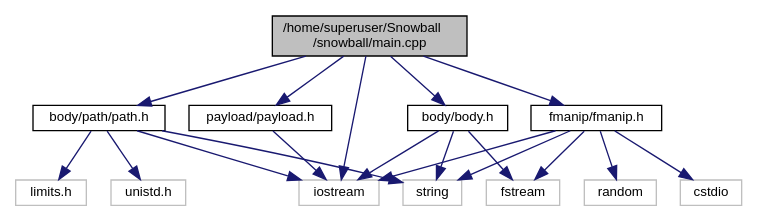
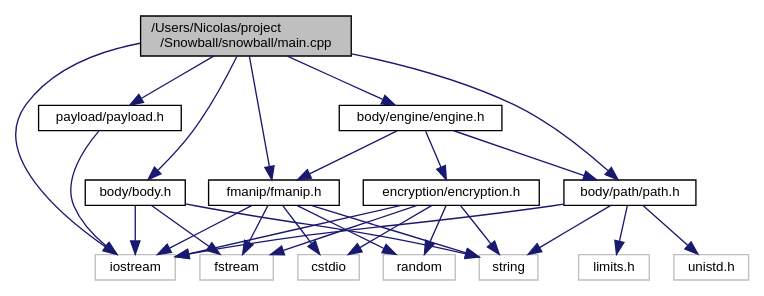
The diagram in snowball/documentation/rtf/main_8cpp__incl.dot (HexDumper/Snowball), drawn with Graphviz before and after one commit. The commit also changed 330 other files, not shown here.

```diff
--- a/snowball/documentation/rtf/main_8cpp__incl.dot
+++ b/snowball/documentation/rtf/main_8cpp__incl.dot
@@ -1,35 +1,46 @@
-digraph "/home/superuser/Snowball/snowball/main.cpp"
+digraph "/Users/Nicolas/project/Snowball/snowball/main.cpp"
 {
   edge [fontname="Helvetica",fontsize="10",labelfontname="Helvetica",labelfontsize="10"];
   node [fontname="Helvetica",fontsize="10",shape=record];
-  Node1 [label="/home/superuser/Snowball\l/snowball/main.cpp",height=0.2,width=0.4,color="black", fillcolor="grey75", style="filled", fontcolor="black"];
+  Node0 [label="/Users/Nicolas/project\l/Snowball/snowball/main.cpp",height=0.2,width=0.4,color="black", fillcolor="grey75", style="filled", fontcolor="black"];
+  Node0 -> Node1 [color="midnightblue",fontsize="10",style="solid",fontname="Helvetica"];
+  Node1 [label="payload/payload.h",height=0.2,width=0.4,color="black", fillcolor="white", style="filled",URL="$payload_8h.html"];
   Node1 -> Node2 [color="midnightblue",fontsize="10",style="solid",fontname="Helvetica"];
-  Node2 [label="payload/payload.h",height=0.2,width=0.4,color="black", fillcolor="white", style="filled",URL="$payload_8h.html"];
-  Node2 -> Node3 [color="midnightblue",fontsize="10",style="solid",fontname="Helvetica"];
-  Node3 [label="iostream",height=0.2,width=0.4,color="grey75", fillcolor="white", style="filled"];
-  Node1 -> Node4 [color="midnightblue",fontsize="10",style="solid",fontname="Helvetica"];
-  Node4 [label="fmanip/fmanip.h",height=0.2,width=0.4,color="black", fillcolor="white", style="filled",URL="$fmanip_8h.html"];
-  Node4 -> Node5 [color="midnightblue",fontsize="10",style="solid",fontname="Helvetica"];
-  Node5 [label="fstream",height=0.2,width=0.4,color="grey75", fillcolor="white", style="filled"];
-  Node4 -> Node6 [color="midnightblue",fontsize="10",style="solid",fontname="Helvetica"];
-  Node6 [label="string",height=0.2,width=0.4,color="grey75", fillcolor="white", style="filled"];
-  Node4 -> Node3 [color="midnightblue",fontsize="10",style="solid",fontname="Helvetica"];
-  Node4 -> Node7 [color="midnightblue",fontsize="10",style="solid",fontname="Helvetica"];
-  Node7 [label="cstdio",height=0.2,width=0.4,color="grey75", fillcolor="white", style="filled"];
-  Node4 -> Node8 [color="midnightblue",fontsize="10",style="solid",fontname="Helvetica"];
-  Node8 [label="random",height=0.2,width=0.4,color="grey75", fillcolor="white", style="filled"];
-  Node1 -> Node9 [color="midnightblue",fontsize="10",style="solid",fontname="Helvetica"];
-  Node9 [label="body/body.h",height=0.2,width=0.4,color="black", fillcolor="white", style="filled",URL="$body_8h.html"];
+  Node2 [label="iostream",height=0.2,width=0.4,color="grey75", fillcolor="white", style="filled"];
+  Node0 -> Node3 [color="midnightblue",fontsize="10",style="solid",fontname="Helvetica"];
+  Node3 [label="fmanip/fmanip.h",height=0.2,width=0.4,color="black", fillcolor="white", style="filled",URL="$fmanip_8h.html"];
+  Node3 -> Node4 [color="midnightblue",fontsize="10",style="solid",fontname="Helvetica"];
+  Node4 [label="fstream",height=0.2,width=0.4,color="grey75", fillcolor="white", style="filled"];
+  Node3 -> Node5 [color="midnightblue",fontsize="10",style="solid",fontname="Helvetica"];
+  Node5 [label="string",height=0.2,width=0.4,color="grey75", fillcolor="white", style="filled"];
+  Node3 -> Node2 [color="midnightblue",fontsize="10",style="solid",fontname="Helvetica"];
+  Node3 -> Node6 [color="midnightblue",fontsize="10",style="solid",fontname="Helvetica"];
+  Node6 [label="cstdio",height=0.2,width=0.4,color="grey75", fillcolor="white", style="filled"];
+  Node3 -> Node7 [color="midnightblue",fontsize="10",style="solid",fontname="Helvetica"];
+  Node7 [label="random",height=0.2,width=0.4,color="grey75", fillcolor="white", style="filled"];
+  Node0 -> Node8 [color="midnightblue",fontsize="10",style="solid",fontname="Helvetica"];
+  Node8 [label="body/body.h",height=0.2,width=0.4,color="black", fillcolor="white", style="filled",URL="$body_8h.html"];
+  Node8 -> Node4 [color="midnightblue",fontsize="10",style="solid",fontname="Helvetica"];
+  Node8 -> Node2 [color="midnightblue",fontsize="10",style="solid",fontname="Helvetica"];
+  Node8 -> Node5 [color="midnightblue",fontsize="10",style="solid",fontname="Helvetica"];
+  Node0 -> Node9 [color="midnightblue",fontsize="10",style="solid",fontname="Helvetica"];
+  Node9 [label="body/path/path.h",height=0.2,width=0.4,color="black", fillcolor="white", style="filled",URL="$path_8h.html"];
+  Node9 -> Node10 [color="midnightblue",fontsize="10",style="solid",fontname="Helvetica"];
+  Node10 [label="unistd.h",height=0.2,width=0.4,color="grey75", fillcolor="white", style="filled"];
+  Node9 -> Node11 [color="midnightblue",fontsize="10",style="solid",fontname="Helvetica"];
+  Node11 [label="limits.h",height=0.2,width=0.4,color="grey75", fillcolor="white", style="filled"];
   Node9 -> Node5 [color="midnightblue",fontsize="10",style="solid",fontname="Helvetica"];
-  Node9 -> Node3 [color="midnightblue",fontsize="10",style="solid",fontname="Helvetica"];
-  Node9 -> Node6 [color="midnightblue",fontsize="10",style="solid",fontname="Helvetica"];
-  Node1 -> Node10 [color="midnightblue",fontsize="10",style="solid",fontname="Helvetica"];
-  Node10 [label="body/path/path.h",height=0.2,width=0.4,color="black", fillcolor="white", style="filled",URL="$path_8h.html"];
-  Node10 -> Node11 [color="midnightblue",fontsize="10",style="solid",fontname="Helvetica"];
-  Node11 [label="unistd.h",height=0.2,width=0.4,color="grey75", fillcolor="white", style="filled"];
-  Node10 -> Node12 [color="midnightblue",fontsize="10",style="solid",fontname="Helvetica"];
-  Node12 [label="limits.h",height=0.2,width=0.4,color="grey75", fillcolor="white", style="filled"];
-  Node10 -> Node6 [color="midnightblue",fontsize="10",style="solid",fontname="Helvetica"];
-  Node10 -> Node3 [color="midnightblue",fontsize="10",style="solid",fontname="Helvetica"];
-  Node1 -> Node3 [color="midnightblue",fontsize="10",style="solid",fontname="Helvetica"];
+  Node9 -> Node2 [color="midnightblue",fontsize="10",style="solid",fontname="Helvetica"];
+  Node0 -> Node12 [color="midnightblue",fontsize="10",style="solid",fontname="Helvetica"];
+  Node12 [label="body/engine/engine.h",height=0.2,width=0.4,color="black", fillcolor="white", style="filled",URL="$engine_8h.html"];
+  Node12 -> Node13 [color="midnightblue",fontsize="10",style="solid",fontname="Helvetica"];
+  Node13 [label="encryption/encryption.h",height=0.2,width=0.4,color="black", fillcolor="white", style="filled",URL="$encryption_8h.html"];
+  Node13 -> Node4 [color="midnightblue",fontsize="10",style="solid",fontname="Helvetica"];
+  Node13 -> Node5 [color="midnightblue",fontsize="10",style="solid",fontname="Helvetica"];
+  Node13 -> Node2 [color="midnightblue",fontsize="10",style="solid",fontname="Helvetica"];
+  Node13 -> Node6 [color="midnightblue",fontsize="10",style="solid",fontname="Helvetica"];
+  Node13 -> Node7 [color="midnightblue",fontsize="10",style="solid",fontname="Helvetica"];
+  Node12 -> Node9 [color="midnightblue",fontsize="10",style="solid",fontname="Helvetica"];
+  Node12 -> Node3 [color="midnightblue",fontsize="10",style="solid",fontname="Helvetica"];
+  Node0 -> Node2 [color="midnightblue",fontsize="10",style="solid",fontname="Helvetica"];
 }
```
